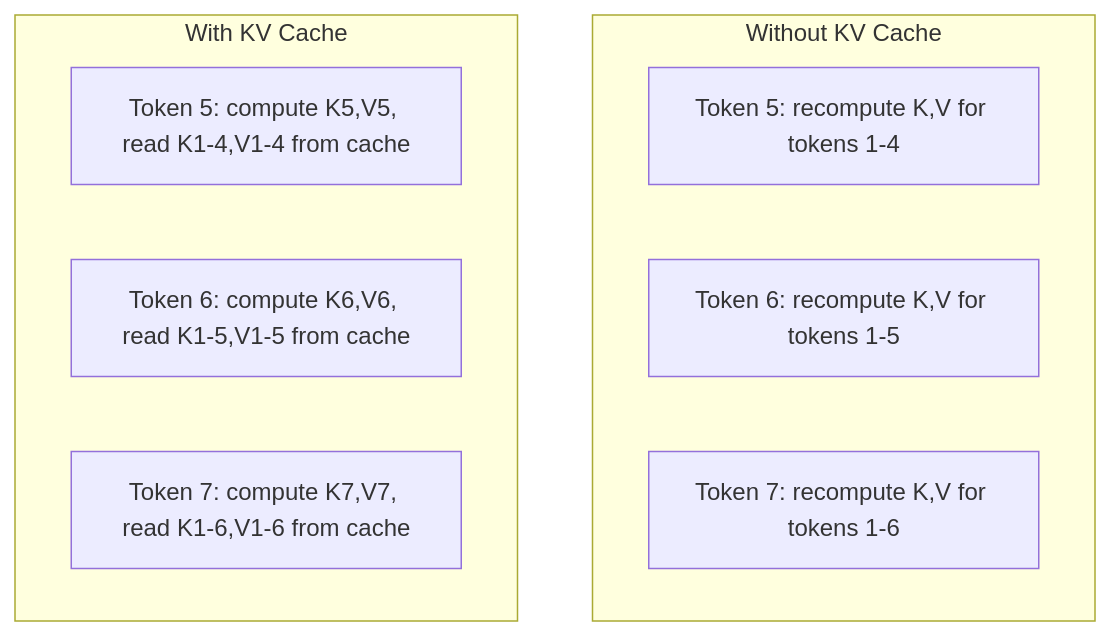
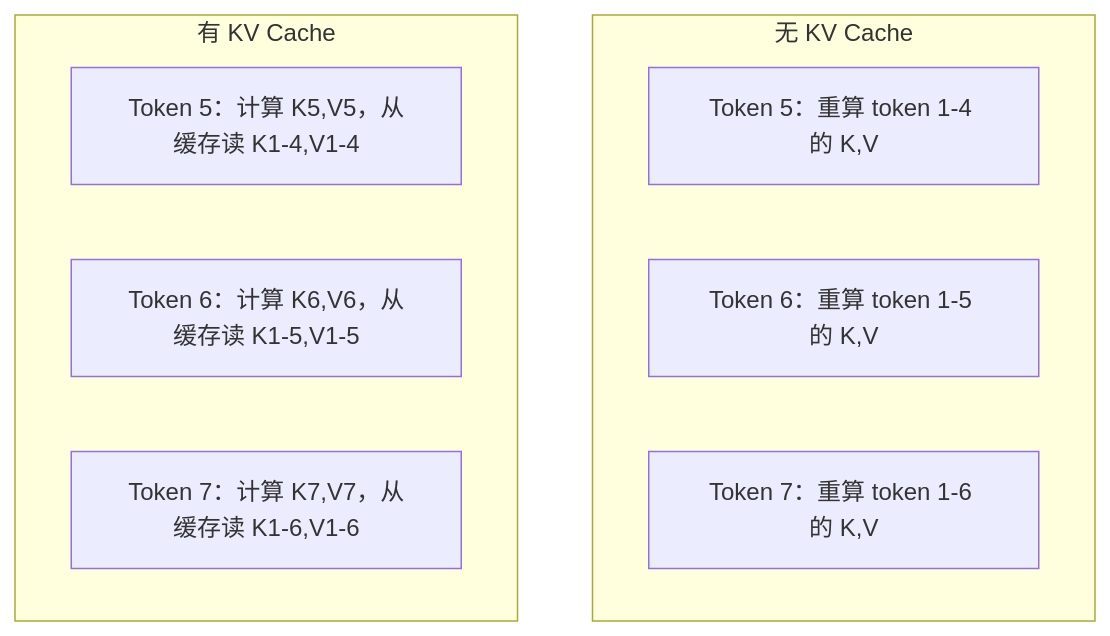
One commit to alessandrodinisio-ai/ai-engineering-learning-framework changed the second of 5 diagrams in phases/10-llms-from-scratch/12-inference-optimization/docs/zh.md. Above: the diagram before and after it, drawn with Mermaid. The commit also changed other lines of this file and 120 other files, not shown here.

First line of the commit message:
i18n(mermaid): 337 个 mermaid 图表标签中文化

````diff
--- a/phases/10-llms-from-scratch/12-inference-optimization/docs/zh.md
+++ b/phases/10-llms-from-scratch/12-inference-optimization/docs/zh.md
@@ -68,14 +68,14 @@
 ```mermaid
 graph TD
-    subgraph "Without KV Cache"
-        A1["Token 5: recompute K,V for tokens 1-4"]
-        A2["Token 6: recompute K,V for tokens 1-5"]
-        A3["Token 7: recompute K,V for tokens 1-6"]
+    subgraph "无 KV Cache"
+        A1["Token 5：重算 token 1-4 的 K,V"]
+        A2["Token 6：重算 token 1-5 的 K,V"]
+        A3["Token 7：重算 token 1-6 的 K,V"]
     end
 
-    subgraph "With KV Cache"
-        B1["Token 5: compute K5,V5, read K1-4,V1-4 from cache"]
-        B2["Token 6: compute K6,V6, read K1-5,V1-5 from cache"]
-        B3["Token 7: compute K7,V7, read K1-6,V1-6 from cache"]
+    subgraph "有 KV Cache"
+        B1["Token 5：计算 K5,V5，从缓存读 K1-4,V1-4"]
+        B2["Token 6：计算 K6,V6，从缓存读 K1-5,V1-5"]
+        B3["Token 7：计算 K7,V7，从缓存读 K1-6,V1-6"]
     end
 ```
````
